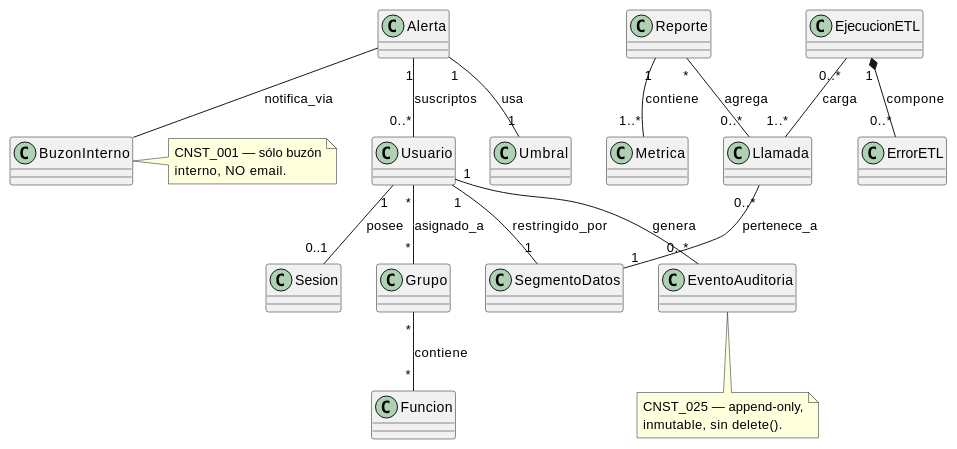
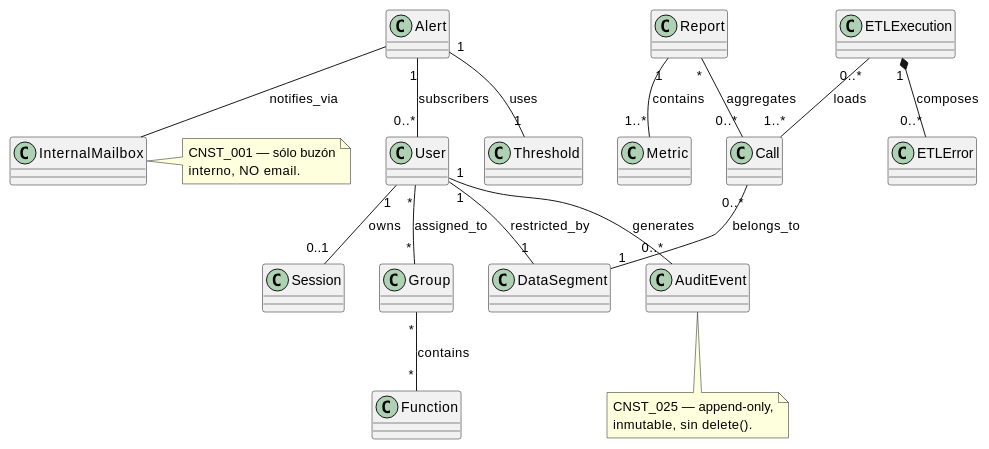
One commit to jcg-admin/IACT-docs changed the diagram in source/requisitos/_metodologia-aplicacion/analisis-dominio/diagrama-de-clases-integrado-del-dominio-iact.rst. Above: the diagram before and after it, drawn with PlantUML. The commit also changed 21 other files, not shown here.

```diff
--- a/source/requisitos/_metodologia-aplicacion/analisis-dominio/diagrama-de-clases-integrado-del-dominio-iact.rst
+++ b/source/requisitos/_metodologia-aplicacion/analisis-dominio/diagrama-de-clases-integrado-del-dominio-iact.rst
@@ -7,51 +7,51 @@
 .. uml::
 
    @startuml
 
-   class Usuario
-   class Sesion
-   class SegmentoDatos
-   class Funcion
-   class Grupo
-   class Llamada
-   class Reporte
-   class Metrica
-   class EjecucionETL
-   class ErrorETL
-   class Alerta
-   class Umbral
-   class BuzonInterno
-   class EventoAuditoria
+   class User
+   class Session
+   class DataSegment
+   class Function
+   class Group
+   class Call
+   class Report
+   class Metric
+   class ETLExecution
+   class ETLError
+   class Alert
+   class Threshold
+   class InternalMailbox
+   class AuditEvent
 
    ' RBAC
-   Usuario "1" -- "0..1" Sesion           : posee
-   Usuario "1" -- "1"   SegmentoDatos     : restringido_por
-   Usuario "*" -- "*"   Grupo             : asignado_a
-   Grupo   "*" -- "*"   Funcion           : contiene
+   User "1" -- "0..1" Session             : owns
+   User "1" -- "1"   DataSegment          : restricted_by
+   User "*" -- "*"   Group                : assigned_to
+   Group   "*" -- "*"   Function          : contains
 
    ' Llamadas → reportes
-   Llamada "0..*" -- "1" SegmentoDatos    : pertenece_a
-   Reporte "1"    -- "1..*" Metrica       : contiene
-   Reporte "*"    -- "0..*" Llamada       : agrega
+   Call "0..*" -- "1" DataSegment         : belongs_to
+   Report "1"    -- "1..*" Metric         : contains
+   Report "*"    -- "0..*" Call           : aggregates
 
    ' Pipeline
-   EjecucionETL "1" *-- "0..*" ErrorETL   : compone
-   EjecucionETL "0..*" -- "1..*" Llamada  : carga
+   ETLExecution "1" *-- "0..*" ETLError   : composes
+   ETLExecution "0..*" -- "1..*" Call     : loads
 
    ' Alertas
-   Alerta "1" -- "1" Umbral               : usa
-   Alerta "1" -- "0..*" Usuario           : suscriptos
-   Alerta -- BuzonInterno                 : notifica_via
+   Alert "1" -- "1" Threshold             : uses
+   Alert "1" -- "0..*" User               : subscribers
+   Alert -- InternalMailbox               : notifies_via
 
    ' Auditoría
-   Usuario "1" -- "0..*" EventoAuditoria  : genera
+   User "1" -- "0..*" AuditEvent          : generates
 
-   note bottom of EventoAuditoria
+   note bottom of AuditEvent
      CNST_025 — append-only,
      inmutable, sin delete().
    end note
-   note right of BuzonInterno
+   note right of InternalMailbox
      CNST_001 — sólo buzón
      interno, NO email.
    end note
    @enduml
```
